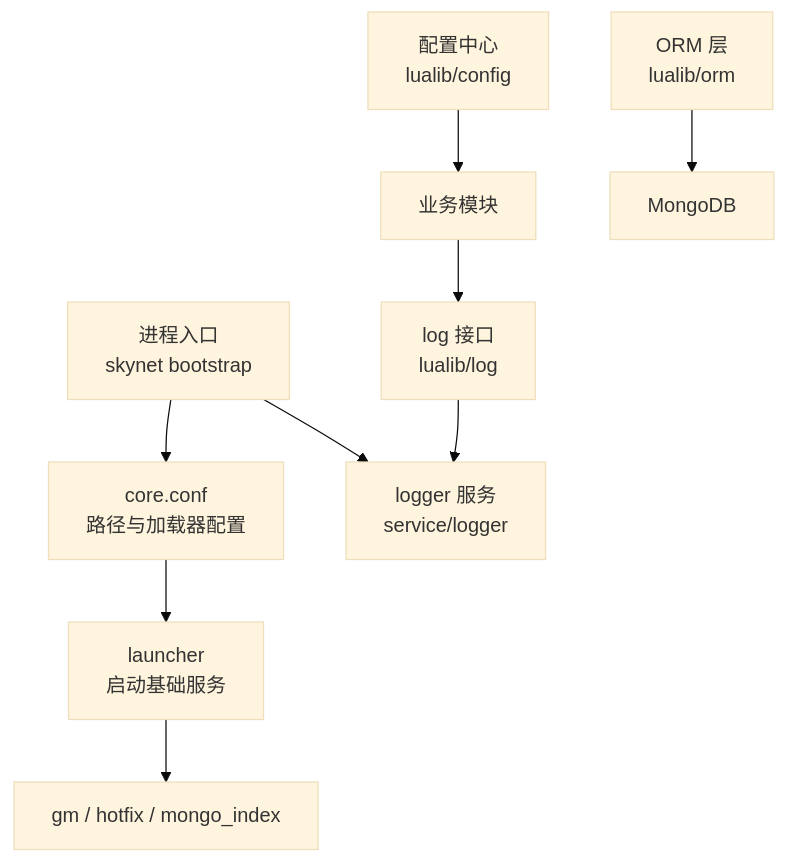
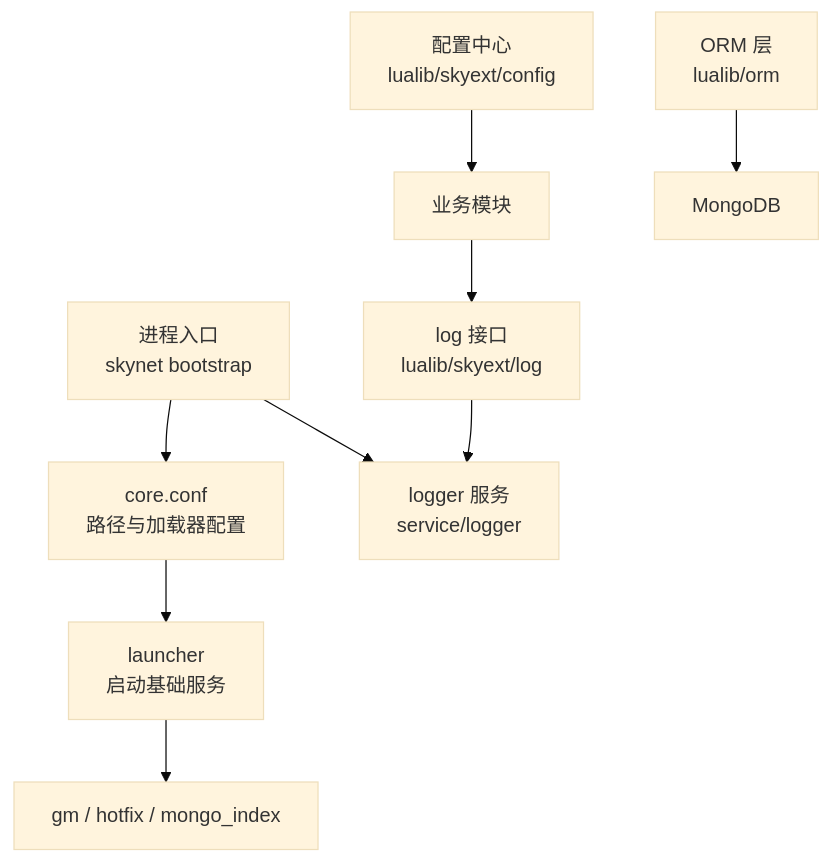
One commit to hanxi/skyext changed the first of 8 diagrams in docs/repowiki/zh/content/架构设计/核心组件架构.md. Above: the diagram before and after it, drawn with Mermaid (base theme). The commit also changed other lines of this file and 117 other files, not shown here.

````diff
--- a/docs/repowiki/zh/content/架构设计/核心组件架构.md
+++ b/docs/repowiki/zh/content/架构设计/核心组件架构.md
@@ -36,11 +36,11 @@
 ```mermaid
 graph TB
 A["进程入口<br/>skynet bootstrap"] --> B["core.conf<br/>路径与加载器配置"]
 B --> C["launcher<br/>启动基础服务"]
 C --> D["gm / hotfix / mongo_index"]
 A --> E["logger 服务<br/>service/logger"]
-F["业务模块"] --> G["log 接口<br/>lualib/log"]
+F["业务模块"] --> G["log 接口<br/>lualib/skyext/log"]
 G --> E
-H["配置中心<br/>lualib/config"] --> F
+H["配置中心<br/>lualib/skyext/config"] --> F
 I["ORM 层<br/>lualib/orm"] --> J["MongoDB"]
 ```
````
